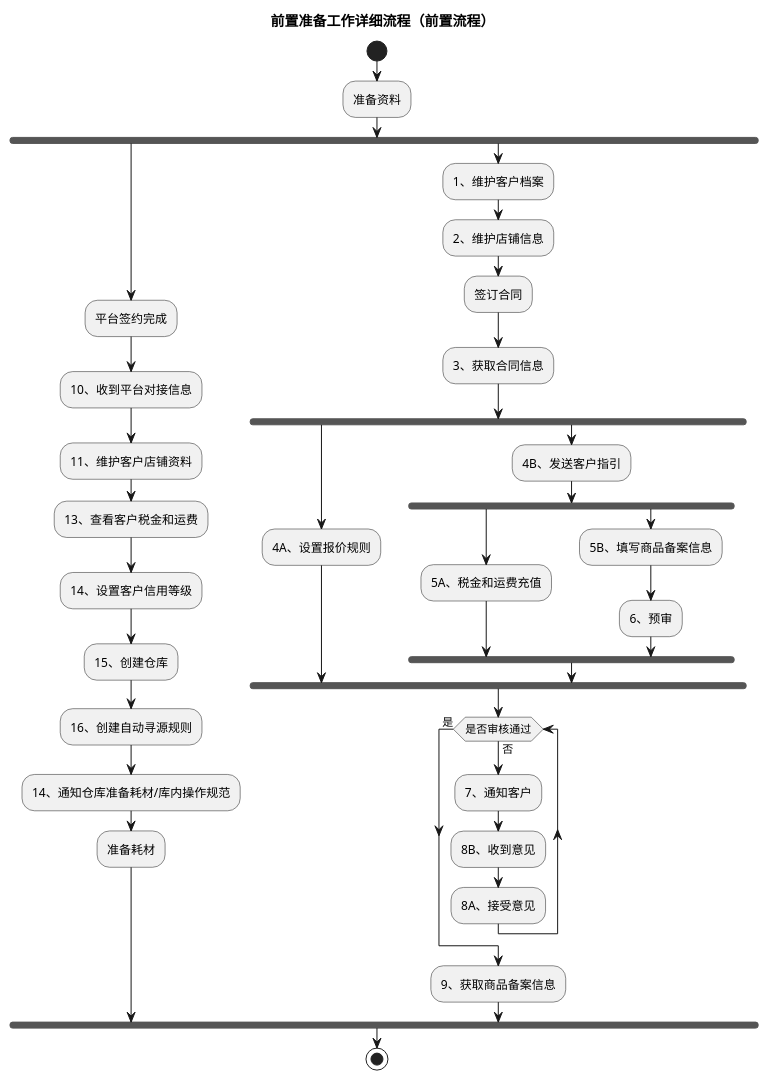
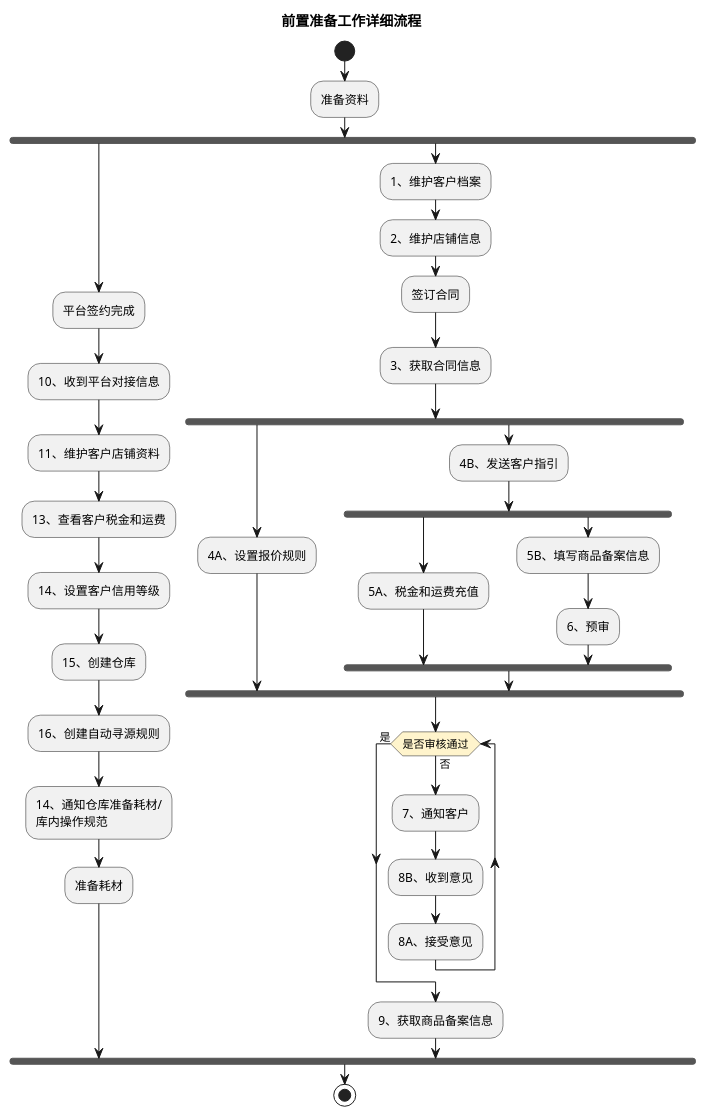
One commit to jack888332/projects-doc changed the first of 2 diagrams in product-caliber/goldjet/segmented-prd/mainflow/PRD.高捷物流系统一期.主流程.02.前置准备与服务开通流程.md. Above: the diagram before and after it, drawn with PlantUML. The commit also changed other lines of this file and 20 other files, not shown here.

Commit message:
优化流程表对应的DLS图

````diff
--- a/product-caliber/goldjet/segmented-prd/mainflow/PRD.高捷物流系统一期.主流程.02.前置准备与服务开通流程.md
+++ b/product-caliber/goldjet/segmented-prd/mainflow/PRD.高捷物流系统一期.主流程.02.前置准备与服务开通流程.md
@@ -12,41 +12,42 @@
 ```plantuml
 @startuml
-title 前置准备工作详细流程（前置流程）
+skinparam activityDiamondBackgroundColor #FFF4CC
+title 前置准备工作详细流程
 start
 :准备资料;
 fork
   :平台签约完成;
   :10、收到平台对接信息;
   :11、维护客户店铺资料;
   :13、查看客户税金和运费;
   :14、设置客户信用等级;
   :15、创建仓库;
   :16、创建自动寻源规则;
-  :14、通知仓库准备耗材/库内操作规范;
+  :14、通知仓库准备耗材/\n库内操作规范;
   :准备耗材;
 fork again
   :1、维护客户档案;
   :2、维护店铺信息;
   :签订合同;
   :3、获取合同信息;
   fork
     :4A、设置报价规则;
   fork again
     :4B、发送客户指引;
     fork
       :5A、税金和运费充值;
     fork again
       :5B、填写商品备案信息;
       :6、预审;
     end fork
   end fork
   while (是否审核通过) is (否)
     :7、通知客户;
     :8B、收到意见;
     :8A、接受意见;
   endwhile (是)
   :9、获取商品备案信息;
 end fork
 stop
 @enduml
 ```
````
